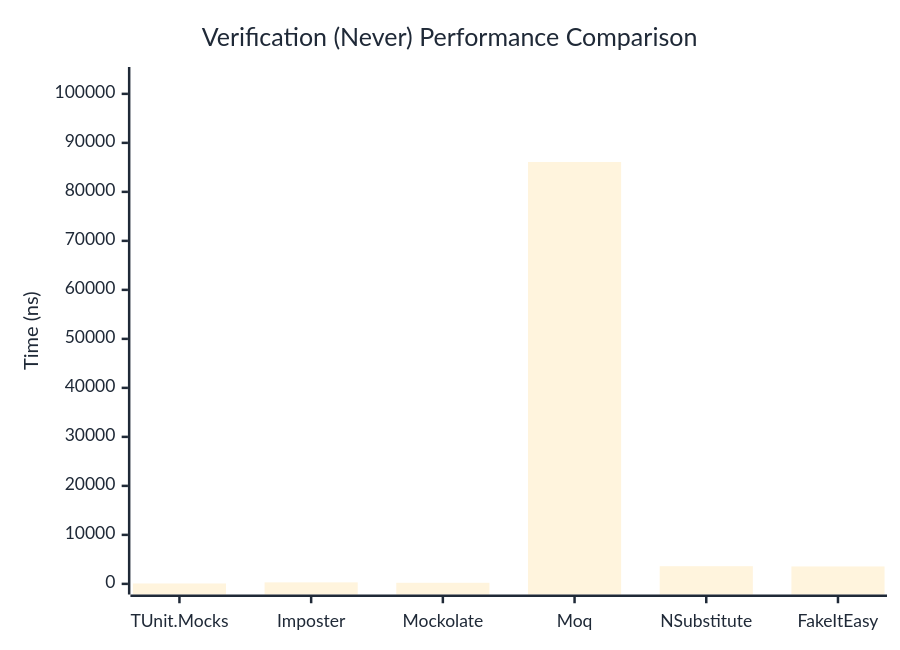
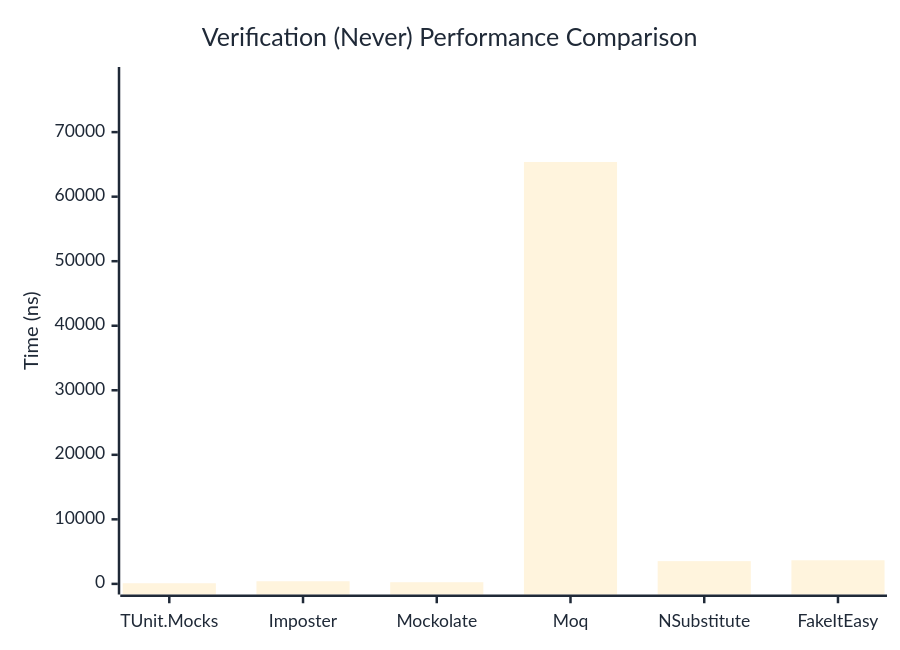
The second of 3 diagrams in docs/docs/benchmarks/mocks/Verification.md (thomhurst/TUnit), drawn with Mermaid before and after one commit. The commit also changed other lines of this file and 14 other files, not shown here.

````diff
--- a/docs/docs/benchmarks/mocks/Verification.md
+++ b/docs/docs/benchmarks/mocks/Verification.md
@@ -69,27 +69,27 @@
 ```mermaid
 %%{init: {
   'theme':'base',
   'themeVariables': {
     'primaryColor': '#2563eb',
     'primaryTextColor': '#1f2937',
     'primaryBorderColor': '#1e40af',
     'lineColor': '#6b7280',
     'secondaryColor': '#7c3aed',
     'tertiaryColor': '#dc2626',
     'background': '#ffffff',
     'pie1': '#2563eb',
     'pie2': '#7c3aed',
     'pie3': '#dc2626',
     'pie4': '#f59e0b',
     'pie5': '#10b981',
     'pie6': '#06b6d4',
     'pie7': '#ec4899',
     'pie8': '#6366f1'
   }
 }}%%
 xychart-beta
   title "Verification (Never) Performance Comparison"
   x-axis ["TUnit.Mocks", "Imposter", "Mockolate", "Moq", "NSubstitute", "FakeItEasy"]
-  y-axis "Time (ns)" 0 --> 103313
-  bar [79.82, 311.55, 220.02, 86094.1, 3609.8, 3558.9]
+  y-axis "Time (ns)" 0 --> 78446
+  bar [97.18, 406.52, 254.73, 65371.08, 3524.13, 3655.87]
 ```
````
